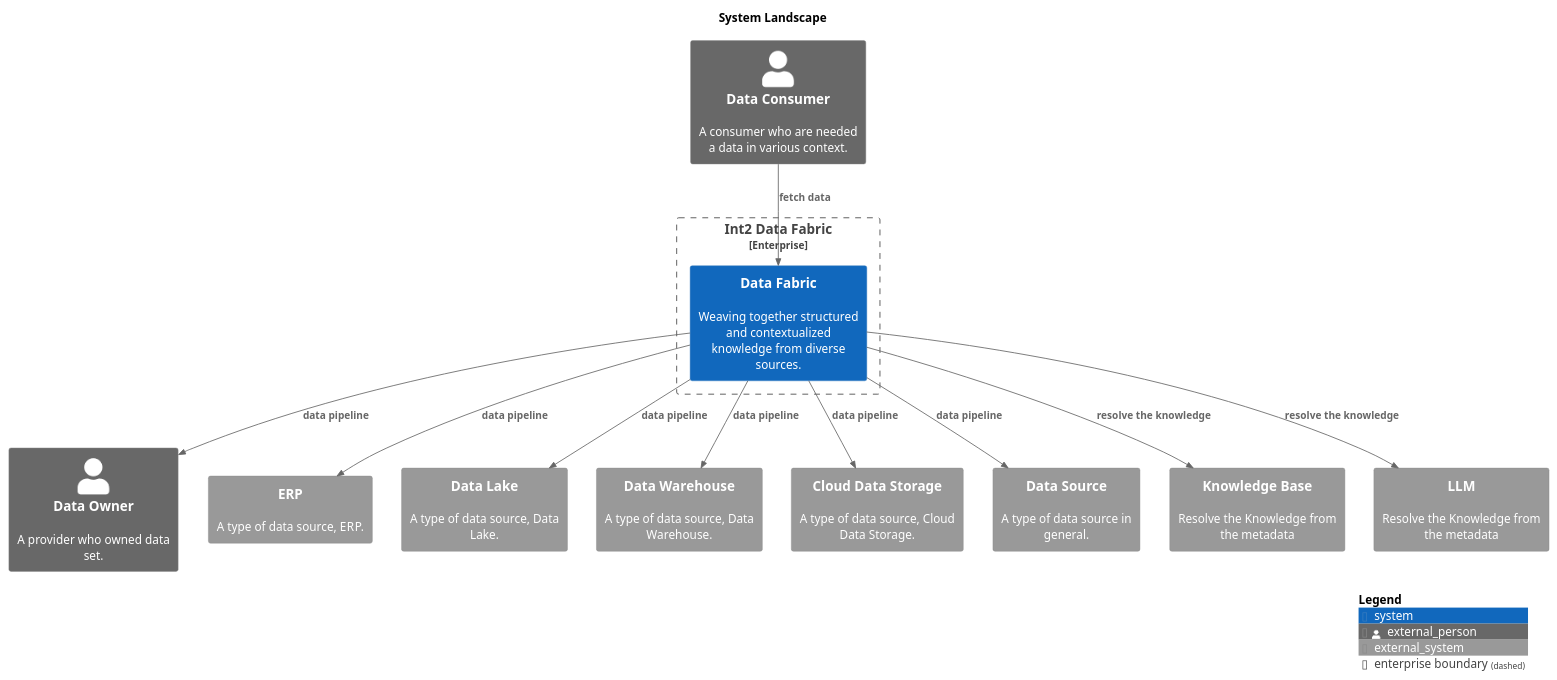
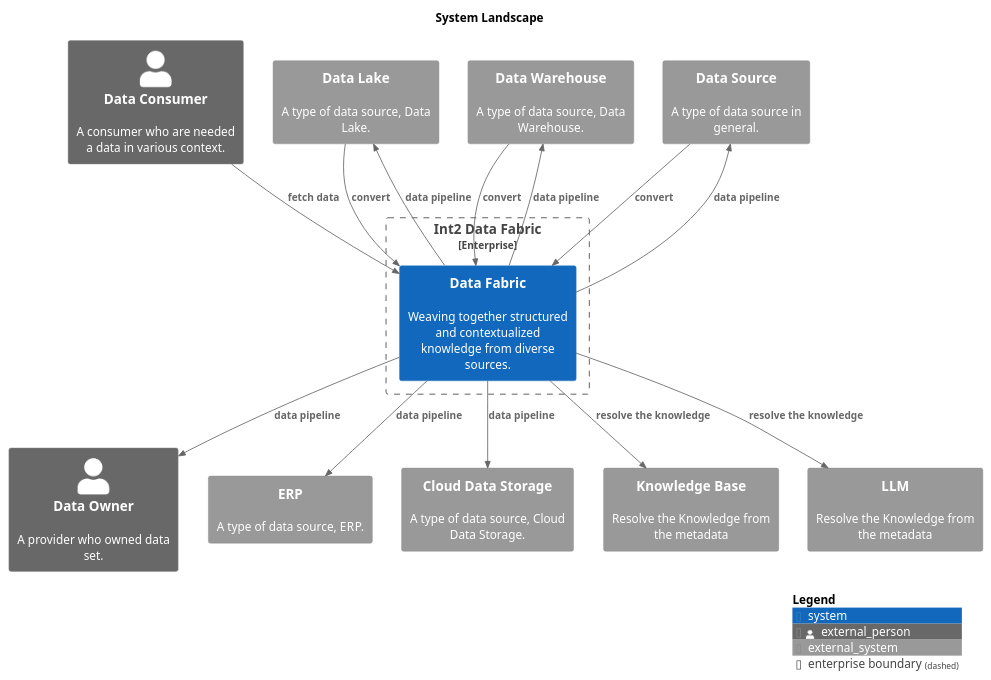
The diagram in puml/SystemLandscape-SystemLandscape.puml (IntellectusCorp/data-fabric-docs), drawn with PlantUML before and after one commit. The commit also changed 36 other files, not shown here.

Commit message:
Deploying to gh-pages from @ IntellectusCorp/data-fabric-docs@0f1d18046c5fe9a4fe7968b0c12b49d08b7dcc13 🚀

```diff
--- a/puml/SystemLandscape-SystemLandscape.puml
+++ b/puml/SystemLandscape-SystemLandscape.puml
@@ -1,37 +1,40 @@
 @startuml
 set separator none
 title System Landscape
 
 top to bottom direction
 
 !include <C4/C4>
 !include <C4/C4_Context>
 
 skinparam svgDimensionStyle false
 skinparam preserveAspectRatio meet
 Enterprise_Boundary(enterprise, "Int2 Data Fabric") {
   System(DataFabric, "Data Fabric", "Weaving together structured and contextualized knowledge from diverse sources.", $tags="")[[data-fabric/context/]]
 }
 
 Person_Ext(DataConsumer, "Data Consumer", "A consumer who are needed a data in various context.", $tags="")
 Person_Ext(DataOwner, "Data Owner", "A provider who owned data set.", $tags="")
 System_Ext(ERP, "ERP", "A type of data source, ERP.", $tags="")
 System_Ext(DataLake, "Data Lake", "A type of data source, Data Lake.", $tags="")
 System_Ext(DataWarehouse, "Data Warehouse", "A type of data source, Data Warehouse.", $tags="")
 System_Ext(CloudDataStorage, "Cloud Data Storage", "A type of data source, Cloud Data Storage.", $tags="")
 System_Ext(DataSource, "Data Source", "A type of data source in general.", $tags="")
 System_Ext(KnowledgeBase, "Knowledge Base", "Resolve the Knowledge from the metadata", $tags="")
 System_Ext(LLM, "LLM", "Resolve the Knowledge from the metadata", $tags="")
 
 Rel_D(DataConsumer, DataFabric, "fetch data", $tags="")
 Rel_D(DataFabric, KnowledgeBase, "resolve the knowledge", $tags="")
 Rel_D(DataFabric, LLM, "resolve the knowledge", $tags="")
 Rel_D(DataFabric, DataOwner, "data pipeline", $tags="")
 Rel_D(DataFabric, ERP, "data pipeline", $tags="")
 Rel_D(DataFabric, DataLake, "data pipeline", $tags="")
 Rel_D(DataFabric, DataWarehouse, "data pipeline", $tags="")
 Rel_D(DataFabric, CloudDataStorage, "data pipeline", $tags="")
 Rel_D(DataFabric, DataSource, "data pipeline", $tags="")
+Rel_D(DataLake, DataFabric, "convert", $tags="")
+Rel_D(DataWarehouse, DataFabric, "convert", $tags="")
+Rel_D(DataSource, DataFabric, "convert", $tags="")
 
 SHOW_LEGEND(true)
 @enduml
```
